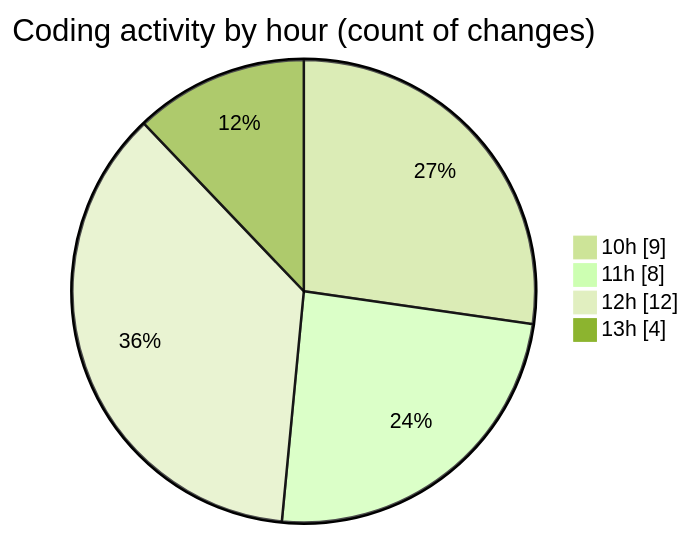
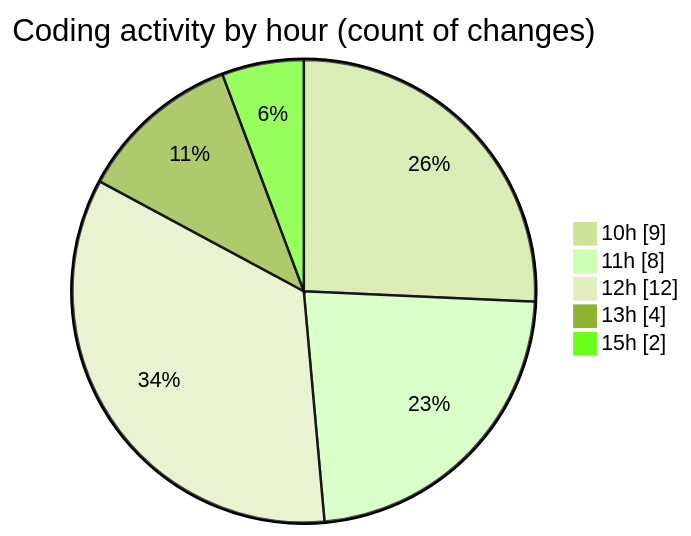
One commit to nxtqubesakshisongat/code-tracking changed the second of 2 diagrams in 2026-04-16/airfeed-analytics-dashboard/README.md. Above: the diagram before and after it, drawn with Mermaid (forest theme). The commit also changed other lines of this file and 1 other file, not shown here.

````diff
--- a/2026-04-16/airfeed-analytics-dashboard/README.md
+++ b/2026-04-16/airfeed-analytics-dashboard/README.md
@@ -37,8 +39,9 @@
 ```mermaid
 pie showData
 title Coding activity by hour (count of changes)
 "10h" : 9
 "11h" : 8
 "12h" : 12
 "13h" : 4
+"15h" : 2
 ```
````
